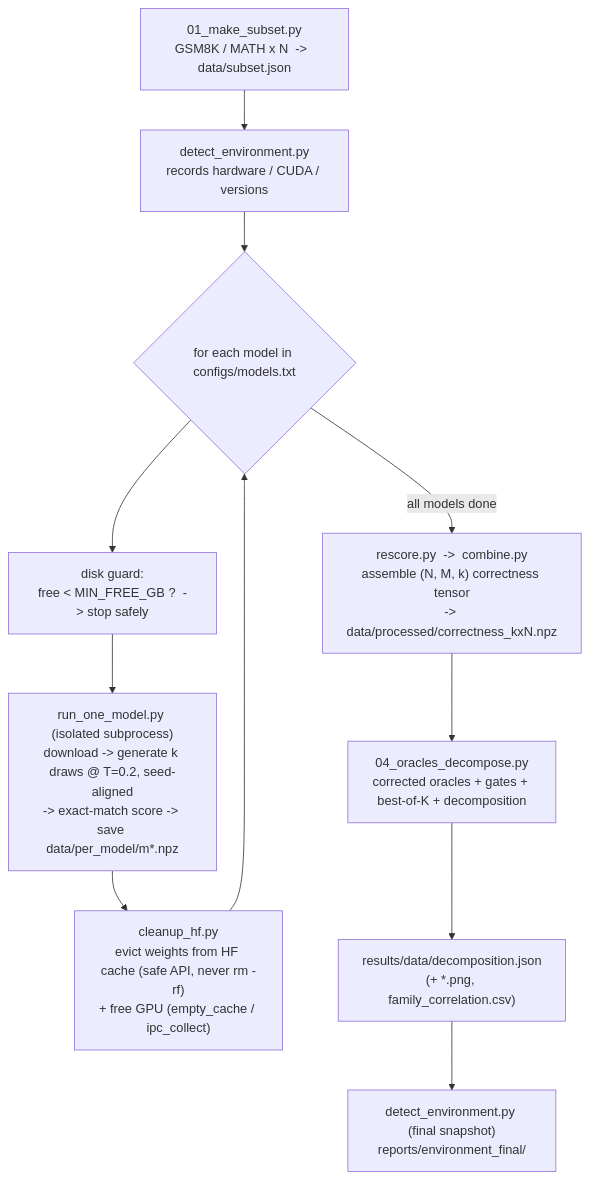
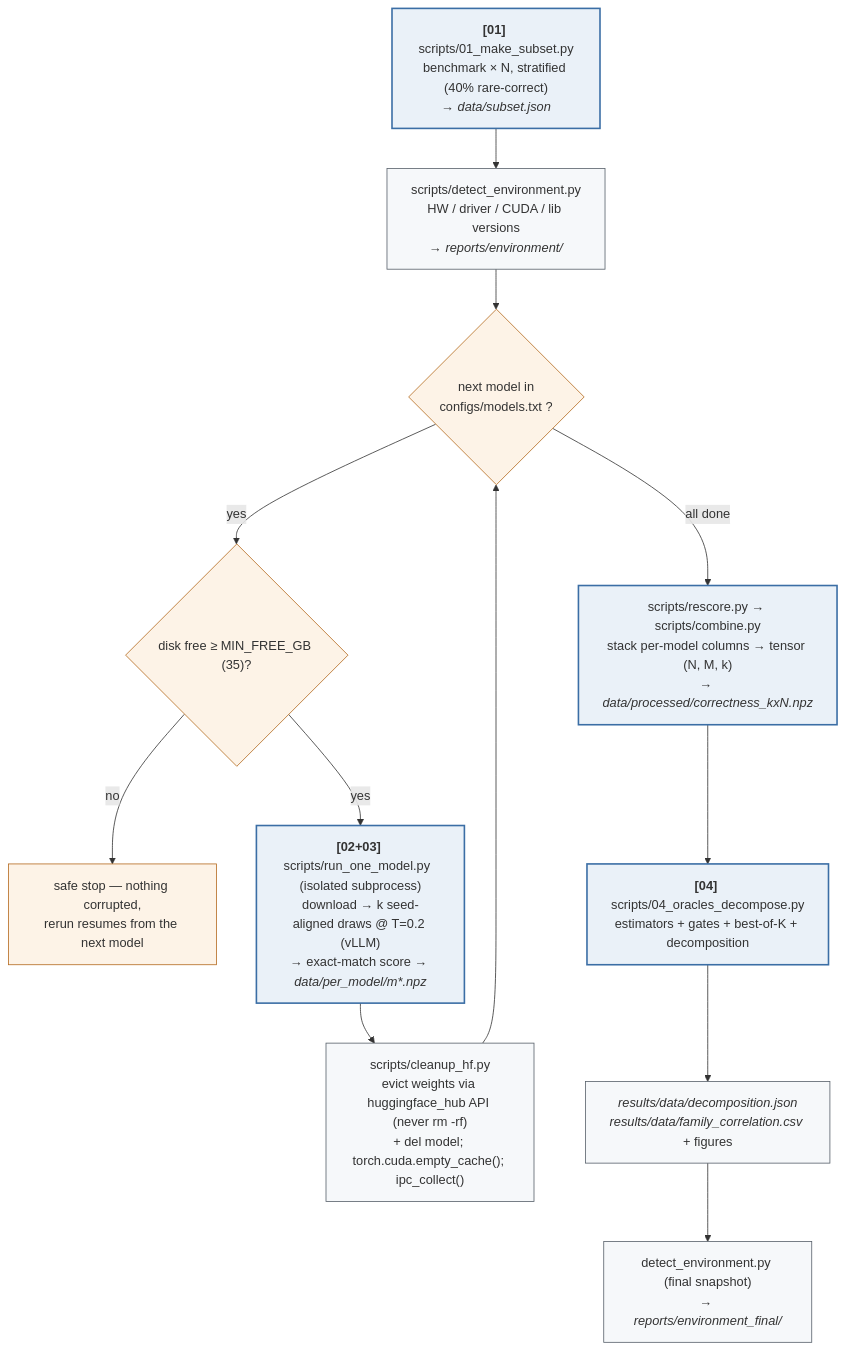
One commit to luka-krixvon/routing-oracle-experiment changed the second of 3 diagrams in README.md. Above: the diagram before and after it, drawn with Mermaid. The commit also changed other lines of this file, not shown here.

First line of the commit message:
docs: upgrade README flowcharts to engineering detail

````diff
--- a/README.md
+++ b/README.md
@@ -94,13 +100,18 @@
 ```mermaid
 flowchart TD
-    S["01_make_subset.py<br/>GSM8K / MATH x N  ->  data/subset.json"] --> ENV["detect_environment.py<br/>records hardware / CUDA / versions"]
-    ENV --> L{"for each model in configs/models.txt"}
-    L --> G["disk guard:<br/>free &lt; MIN_FREE_GB ?  -> stop safely"]
-    G --> SUB["run_one_model.py (isolated subprocess)<br/>download -> generate k draws @ T=0.2, seed-aligned<br/>-> exact-match score -> save data/per_model/m*.npz"]
-    SUB --> EV["cleanup_hf.py<br/>evict weights from HF cache (safe API, never rm -rf)<br/>+ free GPU (empty_cache / ipc_collect)"]
+    S["<b>[01]</b> scripts/01_make_subset.py<br/>benchmark × N, stratified (40% rare-correct)<br/>→ <i>data/subset.json</i>"] --> ENV["scripts/detect_environment.py<br/>HW / driver / CUDA / lib versions<br/>→ <i>reports/environment/</i>"]
+    ENV --> L{"next model in<br/>configs/models.txt ?"}
+    L -->|yes| G{"disk free ≥ MIN_FREE_GB (35)?"}
+    G -->|no| STOP["safe stop — nothing corrupted,<br/>rerun resumes from the next model"]
+    G -->|yes| SUB["<b>[02+03]</b> scripts/run_one_model.py  (isolated subprocess)<br/>download → k seed-aligned draws @ T=0.2 (vLLM)<br/>→ exact-match score → <i>data/per_model/m*.npz</i>"]
+    SUB --> EV["scripts/cleanup_hf.py<br/>evict weights via huggingface_hub API (never rm -rf)<br/>+ del model; torch.cuda.empty_cache(); ipc_collect()"]
     EV --> L
-    L -->|all models done| RS["rescore.py  ->  combine.py<br/>assemble (N, M, k) correctness tensor<br/>-> data/processed/correctness_kxN.npz"]
-    RS --> D["04_oracles_decompose.py<br/>corrected oracles + gates + best-of-K + decomposition"]
-    D --> OUT["results/data/decomposition.json<br/>(+ *.png, family_correlation.csv)"]
-    OUT --> ENV2["detect_environment.py (final snapshot)<br/>reports/environment_final/"]
+    L -->|all done| RS["scripts/rescore.py → scripts/combine.py<br/>stack per-model columns → tensor (N, M, k)<br/>→ <i>data/processed/correctness_kxN.npz</i>"]
+    RS --> D["<b>[04]</b> scripts/04_oracles_decompose.py<br/>estimators + gates + best-of-K + decomposition"]
+    D --> OUT["<i>results/data/decomposition.json</i><br/><i>results/data/family_correlation.csv</i> + figures"]
+    OUT --> ENV2["detect_environment.py (final snapshot)<br/>→ <i>reports/environment_final/</i>"]
+    classDef stage fill:#eaf1f8,stroke:#3b6ea5,stroke-width:2px;
+    classDef guard fill:#fdf3e7,stroke:#b46a1e;
+    classDef io fill:#f6f8fa,stroke:#57606a;
+    class S,SUB,RS,D stage; class L,G,STOP guard; class ENV,EV,OUT,ENV2 io;
 ```
````
